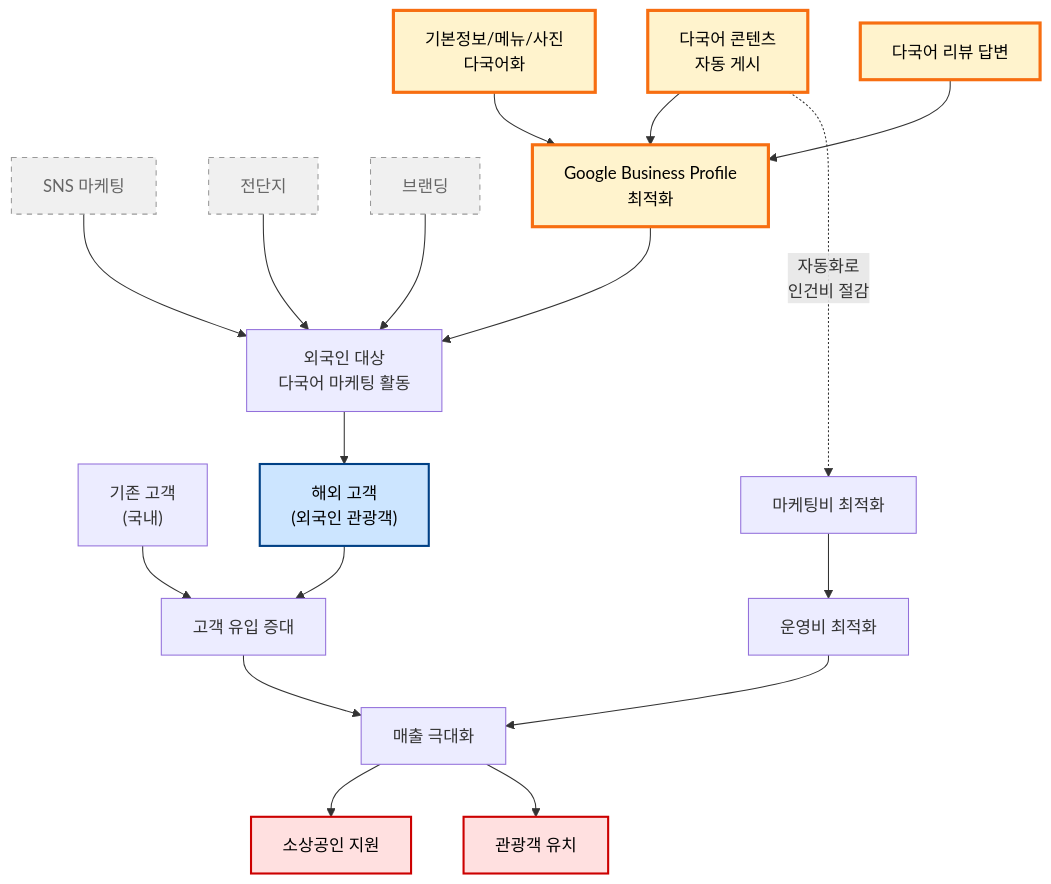
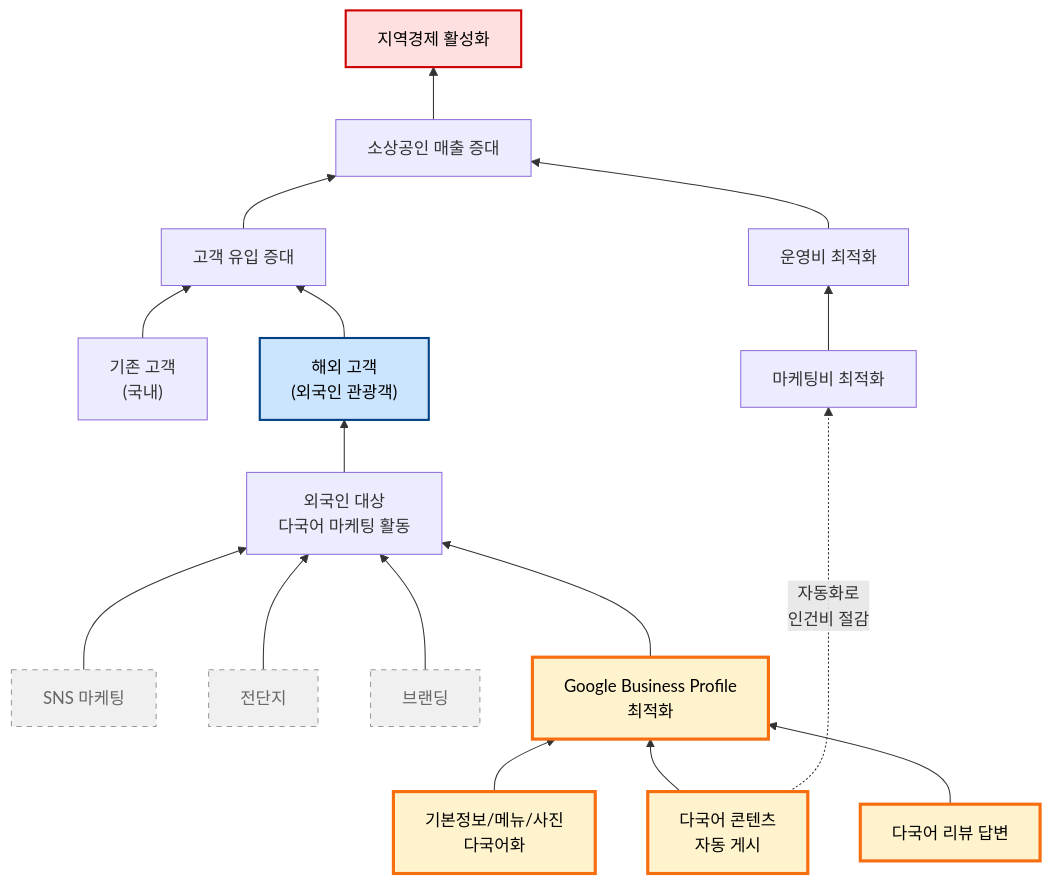
Before and after one commit to GyehyuKim/glocalx: the diagram in docs/WHYTREE.md, drawn with Mermaid. The commit also changed other lines of this file, not shown here.

Commit message:
Change graph direction and update diagram descriptions

````diff
--- a/docs/WHYTREE.md
+++ b/docs/WHYTREE.md
@@ -14,63 +14,61 @@
 ```mermaid
-graph TD
+graph BT
     %% 궁극 목적 (둘)
-    Goal1["소상공인 지원"]
-    Goal2["관광객 유치"]
+    Goal1["지역경제 활성화"]
 
     %% 매출 극대화 — M:N #1: 두 부모로 동시 기여
-    Sales["매출 극대화"]
+    Sales["소상공인 매출 증대"]
 
     %% 매출 극대화의 두 갈래
     Path1["고객 유입 증대"]
     Path2["운영비 최적화"]
 
     %% 고객 유입 가지
     Cust1["기존 고객<br/>(국내)"]
     Cust2["해외 고객<br/>(외국인 관광객)"]
     Mkt["외국인 대상<br/>다국어 마케팅 활동"]
 
     %% 마케팅 채널 4종
     Ch1["SNS 마케팅"]
     Ch2["전단지"]
     Ch3["브랜딩"]
     Ch4["Google Business Profile<br/>최적화"]
 
     %% GBP 최적화의 3가지 수단 (우리 솔루션)
     Sol1["다국어 콘텐츠<br/>자동 게시"]
     Sol2["기본정보/메뉴/사진<br/>다국어화"]
     Sol3["다국어 리뷰 답변"]
 
     %% 운영비 최적화 가지
     Mkc["마케팅비 최적화"]
 
     %% --- 화살표 ---
     Sales --> Goal1
-    Sales --> Goal2
     Path1 --> Sales
     Path2 --> Sales
     Cust1 --> Path1
     Cust2 --> Path1
     Mkt --> Cust2
     Ch1 --> Mkt
     Ch2 --> Mkt
     Ch3 --> Mkt
     Ch4 --> Mkt
     Sol1 --> Ch4
     Sol2 --> Ch4
     Sol3 --> Ch4
     Mkc --> Path2
 
     %% M:N #2: GBP 자동화는 매출과 비용 둘 다에 기여
     Sol1 -.->|"자동화로<br/>인건비 절감"| Mkc
 
     %% --- 스타일 ---
     classDef ultimate fill:#ffe0e0,stroke:#c00,stroke-width:2px,color:#000
     classDef main fill:#fff3cd,stroke:#f76e11,stroke-width:3px,color:#000
     classDef out fill:#f0f0f0,stroke:#999,stroke-dasharray:5 5,color:#666
     classDef target fill:#cce5ff,stroke:#004085,stroke-width:2px,color:#000
 
-    class Goal1,Goal2 ultimate
+    class Goal1 ultimate
     class Ch4,Sol1,Sol2,Sol3 main
     class Ch1,Ch2,Ch3 out
     class Cust2 target
 ```
````
